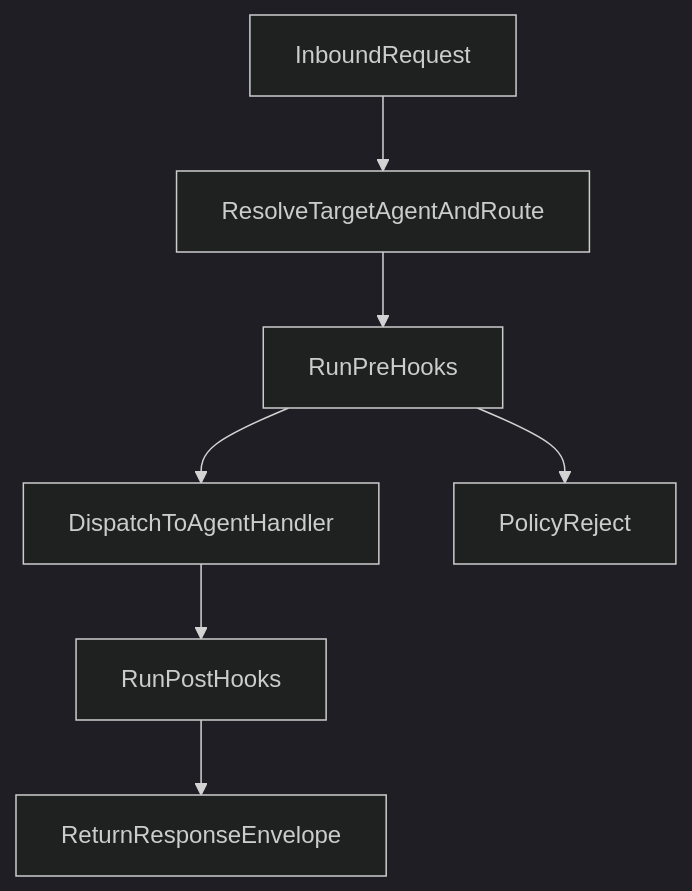
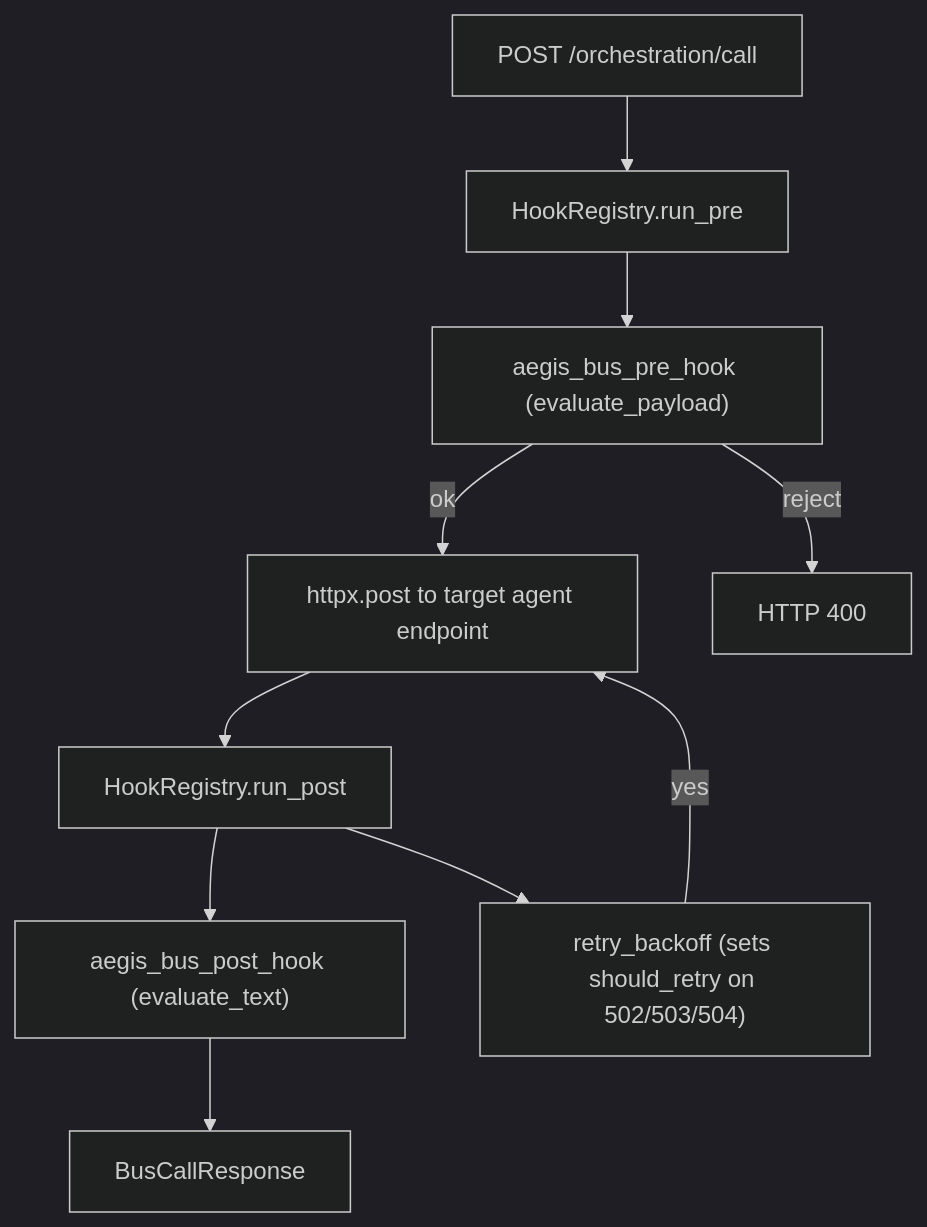
Before and after one commit to Lawrence908/zeus: the diagram in zeus/docs/agent-runtime-spec.md, drawn with Mermaid (dark theme). The commit also changed other lines of this file and 22 other files, not shown here.

````diff
--- a/zeus/docs/agent-runtime-spec.md
+++ b/zeus/docs/agent-runtime-spec.md
@@ -62,9 +65,12 @@
 ```mermaid
 flowchart TD
-  inbound["InboundRequest"] --> resolve["ResolveTargetAgentAndRoute"]
-  resolve --> preHooks["RunPreHooks"]
-  preHooks --> dispatch["DispatchToAgentHandler"]
-  dispatch --> postHooks["RunPostHooks"]
-  postHooks --> respond["ReturnResponseEnvelope"]
-  preHooks --> reject["PolicyReject"]
+  inbound["POST /orchestration/call"] --> prehooks["HookRegistry.run_pre"]
+  prehooks --> aegisPre["aegis_bus_pre_hook (evaluate_payload)"]
+  aegisPre -->|ok| forward["httpx.post to target agent endpoint"]
+  aegisPre -->|reject| http400["HTTP 400"]
+  forward --> posthooks["HookRegistry.run_post"]
+  posthooks --> aegisPost["aegis_bus_post_hook (evaluate_text)"]
+  aegisPost --> response["BusCallResponse"]
+  posthooks --> retry["retry_backoff (sets should_retry on 502/503/504)"]
+  retry -->|yes| forward
 ```
````
